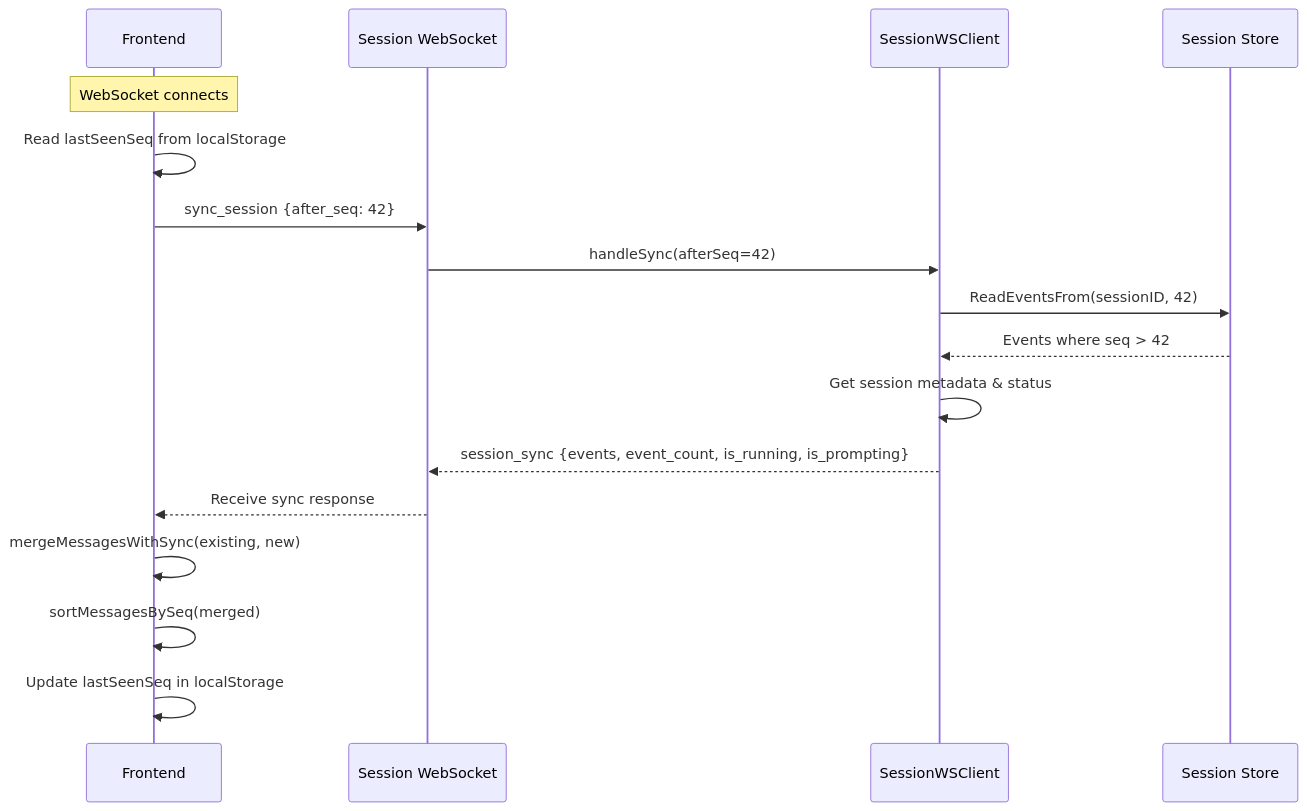
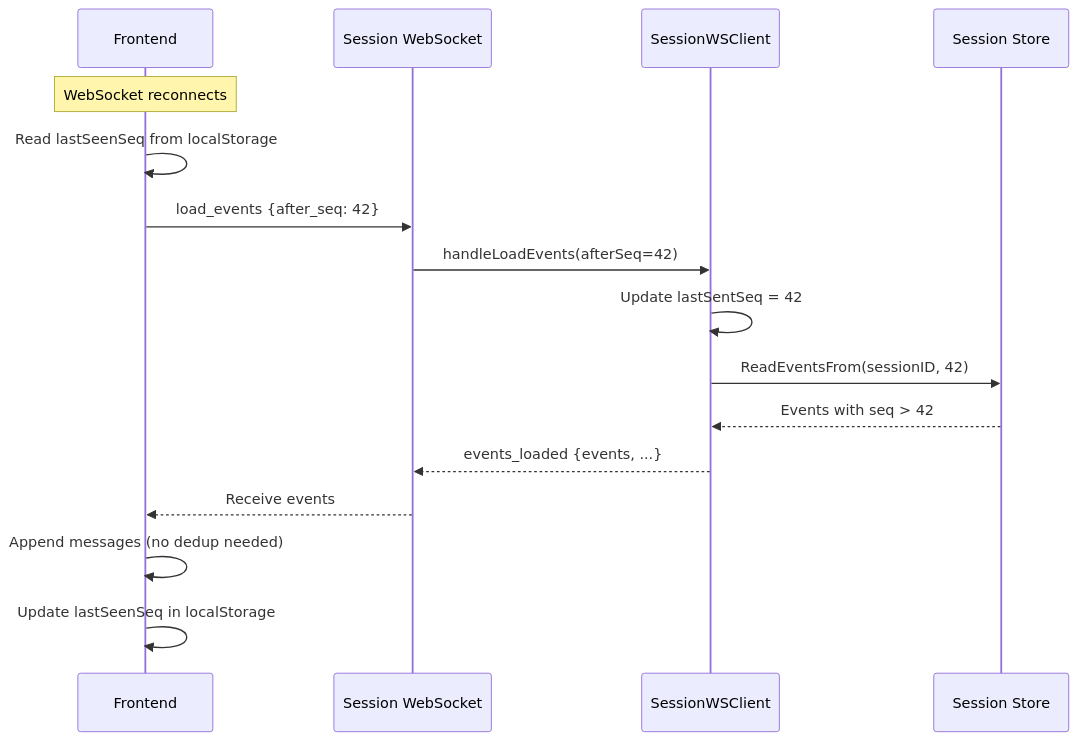
Before and after one commit to inercia/mitto: the sixth of 8 diagrams in docs/devel/websocket-messaging.md, drawn with Mermaid. The commit also changed other lines of this file and 2 other files, not shown here.

Commit message:
docs(websocket): add WebSocket-only architecture proposal

````diff
--- a/docs/devel/websocket-messaging.md
+++ b/docs/devel/websocket-messaging.md
@@ -253,20 +320,19 @@
 ```mermaid
 sequenceDiagram
     participant Client as Frontend
     participant WS as Session WebSocket
     participant Handler as SessionWSClient
     participant Store as Session Store
 
-    Note over Client: WebSocket connects
+    Note over Client: WebSocket reconnects
     Client->>Client: Read lastSeenSeq from localStorage
-    Client->>WS: sync_session {after_seq: 42}
-    WS->>Handler: handleSync(afterSeq=42)
+    Client->>WS: load_events {after_seq: 42}
+    WS->>Handler: handleLoadEvents(afterSeq=42)
+    Handler->>Handler: Update lastSentSeq = 42
     Handler->>Store: ReadEventsFrom(sessionID, 42)
-    Store-->>Handler: Events where seq > 42
-    Handler->>Handler: Get session metadata & status
-    Handler-->>WS: session_sync {events, event_count, is_running, is_prompting}
-    WS-->>Client: Receive sync response
-    Client->>Client: mergeMessagesWithSync(existing, new)
-    Client->>Client: sortMessagesBySeq(merged)
+    Store-->>Handler: Events with seq > 42
+    Handler-->>WS: events_loaded {events, ...}
+    WS-->>Client: Receive events
+    Client->>Client: Append messages (no dedup needed)
     Client->>Client: Update lastSeenSeq in localStorage
 ```
````
